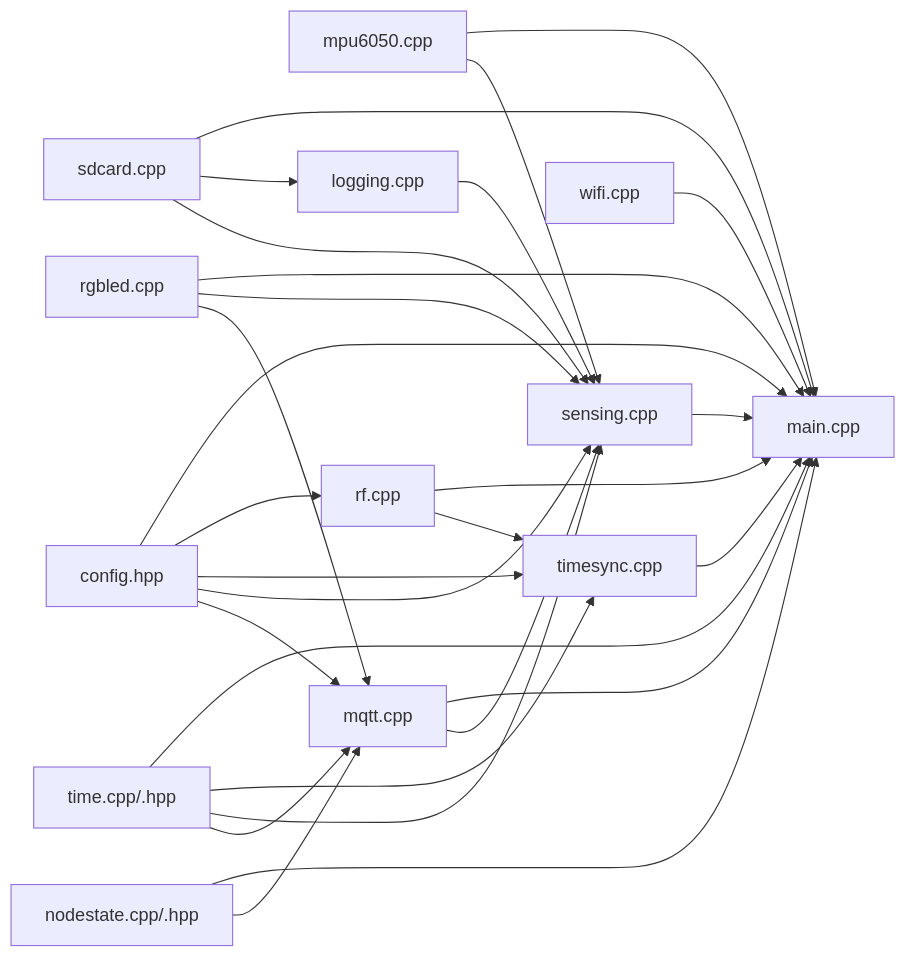
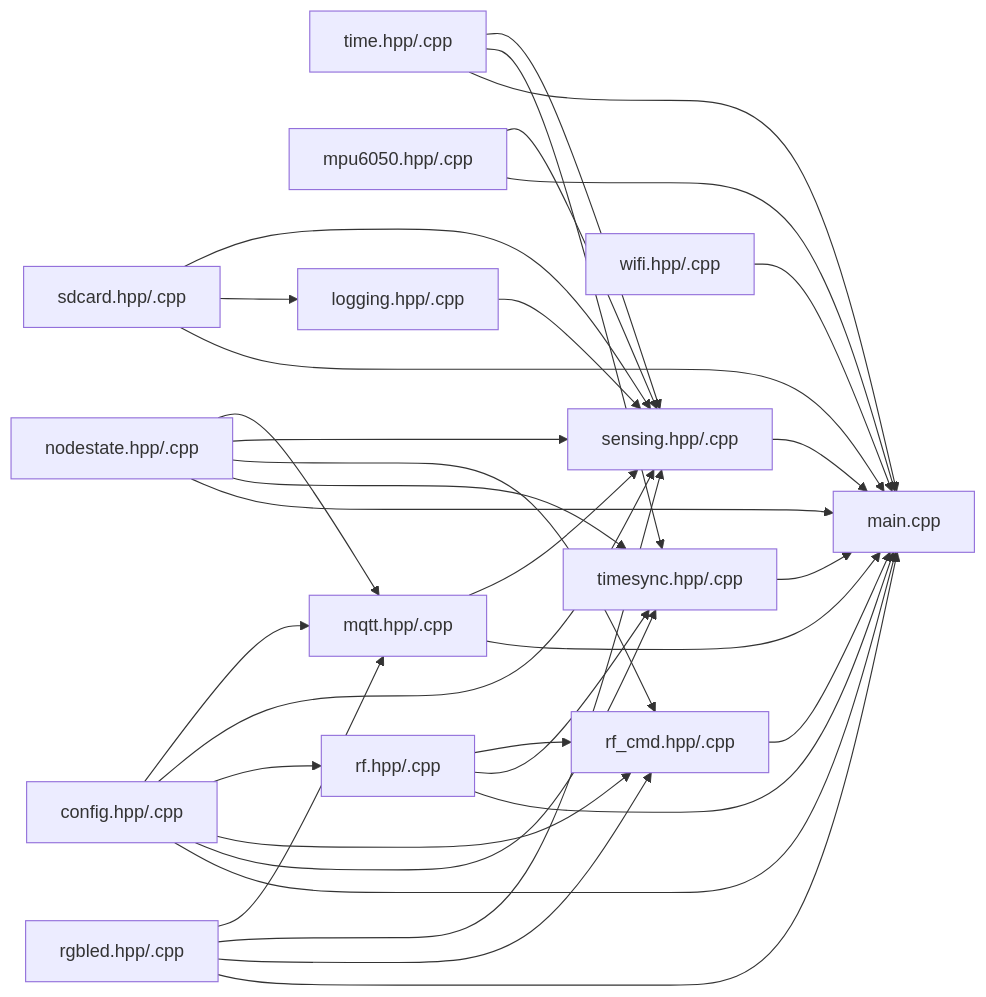
The diagram in DOC/docs/SOFTWARE/ARCHITECTURE/architecture.en.md (Shuaiwen-Cui/ArduinoNode), drawn with Mermaid before and after one commit. The commit also changed 1132 other files, not shown here.

````diff
--- a/DOC/docs/SOFTWARE/ARCHITECTURE/architecture.en.md
+++ b/DOC/docs/SOFTWARE/ARCHITECTURE/architecture.en.md
@@ -5,60 +5,68 @@
 ```mermaid
 graph LR
 
-%% 模块定义
-config["config.hpp"]
-nodestate["nodestate.cpp/.hpp"]
-time["time.cpp/.hpp"]
-mpu["mpu6050.cpp"]
-sd["sdcard.cpp"]
-rgb["rgbled.cpp"]
-log["logging.cpp"]
-mqtt["mqtt.cpp"]
-sensing["sensing.cpp"]
-sync["timesync.cpp"]
-wifi["wifi.cpp"]
-rf["rf.cpp"]
+%% === Module Definitions ===
+config["config.hpp/.cpp"]
+nodestate["nodestate.hpp/.cpp"]
+time["time.hpp/.cpp"]
+mpu["mpu6050.hpp/.cpp"]
+sd["sdcard.hpp/.cpp"]
+rgb["rgbled.hpp/.cpp"]
+log["logging.hpp/.cpp"]
+mqtt["mqtt.hpp/.cpp"]
+sensing["sensing.hpp/.cpp"]
+sync["timesync.hpp/.cpp"]
+wifi["wifi.hpp/.cpp"]
+rf["rf.hpp/.cpp"]
+rf_cmd["rf_cmd.hpp/.cpp"]
 main["main.cpp"]
 
-%% 汇聚方向：模块 → main.cpp（箭头从左往右）
+%% === Module Relationships ===
 config --> mqtt
 config --> sensing
+config --> rf
+config --> rf_cmd
 config --> sync
-config --> rf
 config --> main
 
 nodestate --> mqtt
+nodestate --> sensing
+nodestate --> rf_cmd
+nodestate --> sync
 nodestate --> main
 
-time --> mqtt
 time --> sensing
 time --> sync
 time --> main
 
 mpu --> sensing
 mpu --> main
 
 sd --> sensing
 sd --> log
 sd --> main
 
 rgb --> mqtt
 rgb --> sensing
+rgb --> rf_cmd
 rgb --> main
 
 log --> sensing
 
 mqtt --> sensing
 mqtt --> main
 
 sensing --> main
 
 sync --> main
 
 wifi --> main
 
+rf --> rf_cmd
 rf --> sync
 rf --> main
 
+rf_cmd --> main
+
 
 ```
````
